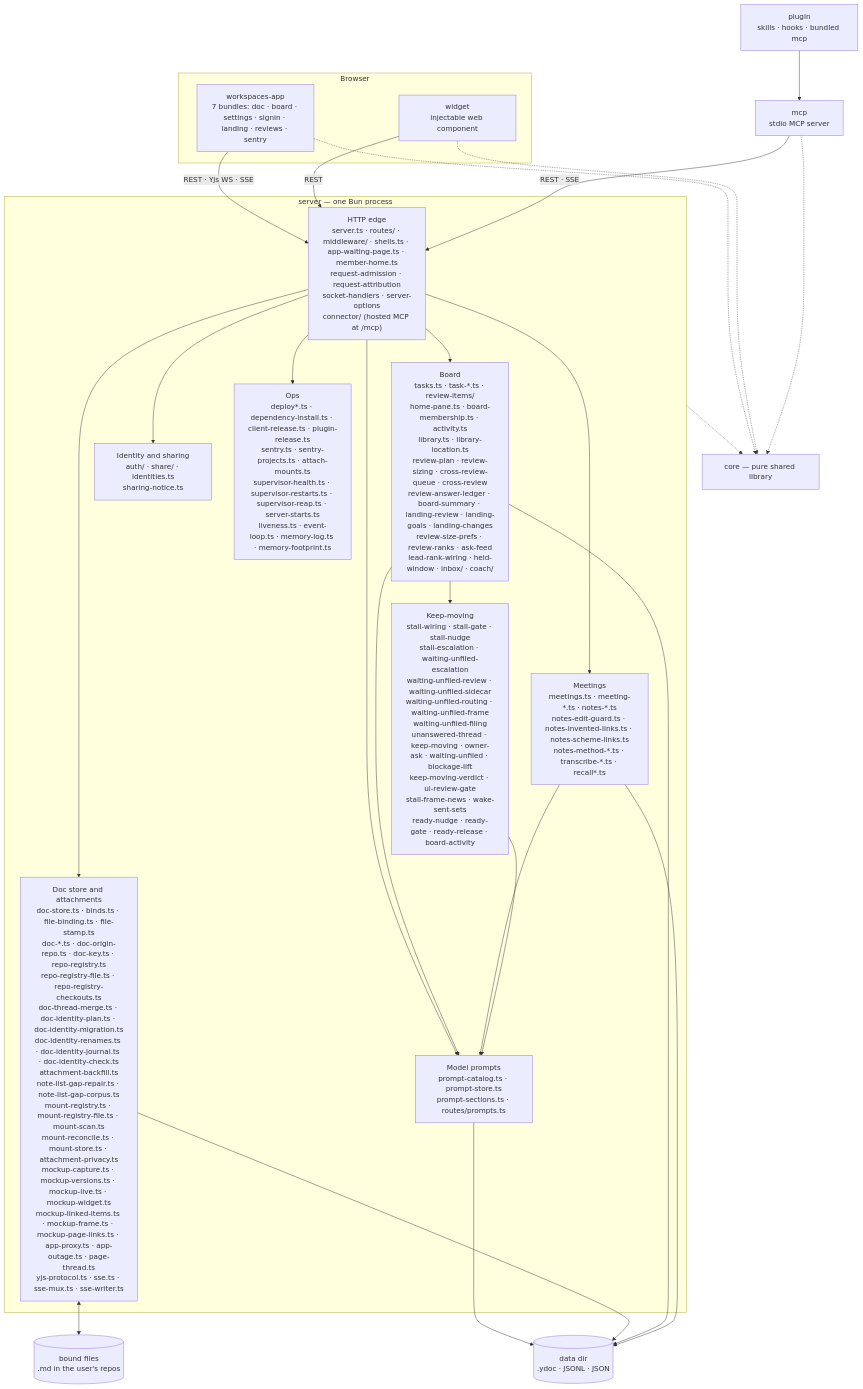
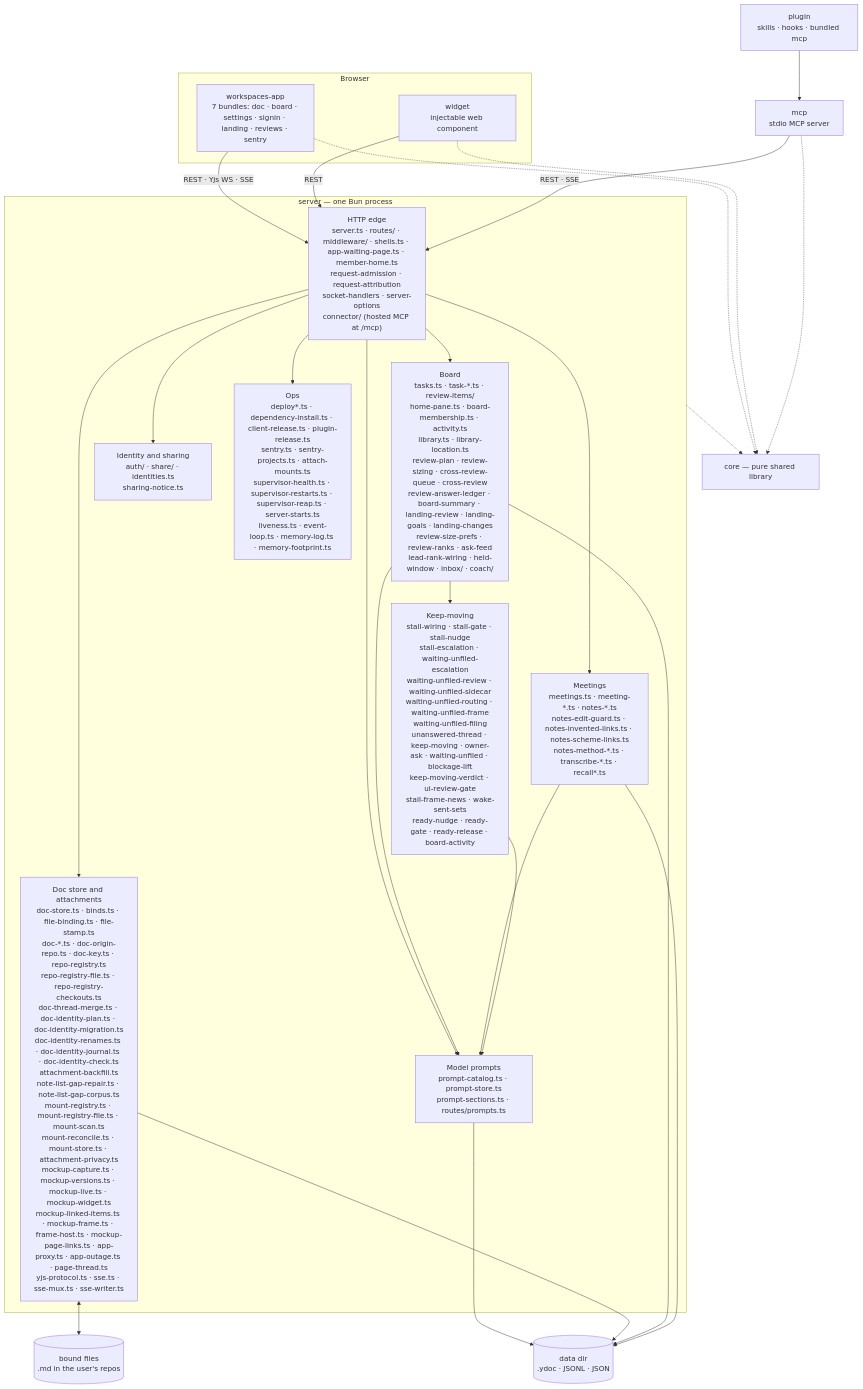
The first of 2 diagrams in docs/architecture/overview.md (fryanpan/claude-workspaces-plugin), drawn with Mermaid before and after one commit. The commit also changed other lines of this file and 1 other file, not shown here.

First line of the commit message:
Docs: the frame-only hostname in the overview and the security map

````diff
--- a/docs/architecture/overview.md
+++ b/docs/architecture/overview.md
@@ -45,35 +45,35 @@
 ```mermaid
 flowchart TB
   subgraph browser[Browser]
     app["workspaces-app<br/>7 bundles: doc · board · settings · signin · landing · reviews · sentry"]
     wid["widget<br/>injectable web component"]
   end
   plug["plugin<br/>skills · hooks · bundled mcp"]
   mcp["mcp<br/>stdio MCP server"]
   subgraph srv["server — one Bun process"]
     edge["HTTP edge<br/>server.ts · routes/ · middleware/ · shells.ts · app-waiting-page.ts · member-home.ts<br/>request-admission · request-attribution<br/>socket-handlers · server-options<br/>connector/ (hosted MCP at /mcp)"]
-    docs["Doc store and attachments<br/>doc-store.ts · binds.ts · file-binding.ts · file-stamp.ts<br/>doc-*.ts · doc-origin-repo.ts · doc-key.ts · repo-registry.ts<br/>repo-registry-file.ts · repo-registry-checkouts.ts<br/>doc-thread-merge.ts · doc-identity-plan.ts · doc-identity-migration.ts<br/>doc-identity-renames.ts · doc-identity-journal.ts · doc-identity-check.ts<br/>attachment-backfill.ts<br/>note-list-gap-repair.ts · note-list-gap-corpus.ts<br/>mount-registry.ts · mount-registry-file.ts · mount-scan.ts<br/>mount-reconcile.ts · mount-store.ts · attachment-privacy.ts<br/>mockup-capture.ts · mockup-versions.ts · mockup-live.ts · mockup-widget.ts<br/>mockup-linked-items.ts · mockup-frame.ts · mockup-page-links.ts · app-proxy.ts · app-outage.ts · page-thread.ts<br/>yjs-protocol.ts · sse.ts · sse-mux.ts · sse-writer.ts"]
+    docs["Doc store and attachments<br/>doc-store.ts · binds.ts · file-binding.ts · file-stamp.ts<br/>doc-*.ts · doc-origin-repo.ts · doc-key.ts · repo-registry.ts<br/>repo-registry-file.ts · repo-registry-checkouts.ts<br/>doc-thread-merge.ts · doc-identity-plan.ts · doc-identity-migration.ts<br/>doc-identity-renames.ts · doc-identity-journal.ts · doc-identity-check.ts<br/>attachment-backfill.ts<br/>note-list-gap-repair.ts · note-list-gap-corpus.ts<br/>mount-registry.ts · mount-registry-file.ts · mount-scan.ts<br/>mount-reconcile.ts · mount-store.ts · attachment-privacy.ts<br/>mockup-capture.ts · mockup-versions.ts · mockup-live.ts · mockup-widget.ts<br/>mockup-linked-items.ts · mockup-frame.ts · frame-host.ts · mockup-page-links.ts · app-proxy.ts · app-outage.ts · page-thread.ts<br/>yjs-protocol.ts · sse.ts · sse-mux.ts · sse-writer.ts"]
     board["Board<br/>tasks.ts · task-*.ts · review-items/<br/>home-pane.ts · board-membership.ts · activity.ts<br/>library.ts · library-location.ts<br/>review-plan · review-sizing · cross-review-queue · cross-review<br/>review-answer-ledger · board-summary · landing-review · landing-goals · landing-changes<br/>review-size-prefs · review-ranks · ask-feed<br/>lead-rank-wiring · held-window · inbox/ · coach/"]
     meet["Meetings<br/>meetings.ts · meeting-*.ts · notes-*.ts<br/>notes-edit-guard.ts · notes-invented-links.ts · notes-scheme-links.ts<br/>notes-method-*.ts · transcribe-*.ts · recall*.ts"]
     keep["Keep-moving<br/>stall-wiring · stall-gate · stall-nudge<br/>stall-escalation · waiting-unfiled-escalation<br/>waiting-unfiled-review · waiting-unfiled-sidecar<br/>waiting-unfiled-routing · waiting-unfiled-frame<br/>waiting-unfiled-filing<br/>unanswered-thread · keep-moving · owner-ask · waiting-unfiled · blockage-lift<br/>keep-moving-verdict · ui-review-gate<br/>stall-frame-news · wake-sent-sets<br/>ready-nudge · ready-gate · ready-release · board-activity"]
     ident["Identity and sharing<br/>auth/ · share/ · identities.ts<br/>sharing-notice.ts"]
     prompts["Model prompts<br/>prompt-catalog.ts · prompt-store.ts<br/>prompt-sections.ts · routes/prompts.ts"]
     ops["Ops<br/>deploy*.ts · dependency-install.ts · client-release.ts · plugin-release.ts<br/>sentry.ts · sentry-projects.ts · attach-mounts.ts<br/>supervisor-health.ts · supervisor-restarts.ts · supervisor-reap.ts · server-starts.ts<br/>liveness.ts · event-loop.ts · memory-log.ts · memory-footprint.ts"]
   end
   core["core — pure shared library"]
   disk[("data dir<br/>.ydoc · JSONL · JSON")]
   files[("bound files<br/>.md in the user's repos")]
 
   app -->|"REST · Yjs WS · SSE"| edge
   wid -->|REST| edge
   plug --> mcp
   mcp -->|"REST · SSE"| edge
   edge --> docs & board & meet & ident & ops & prompts
   board & meet & keep --> prompts
   prompts --> disk
   board --> keep
   docs <--> files
   docs & board & meet --> disk
   app & wid & mcp -.-> core
   srv -.-> core
 ```
````
